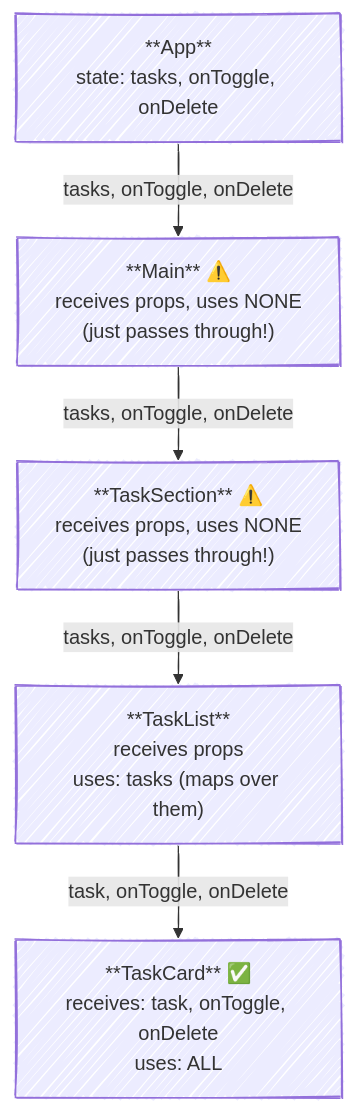
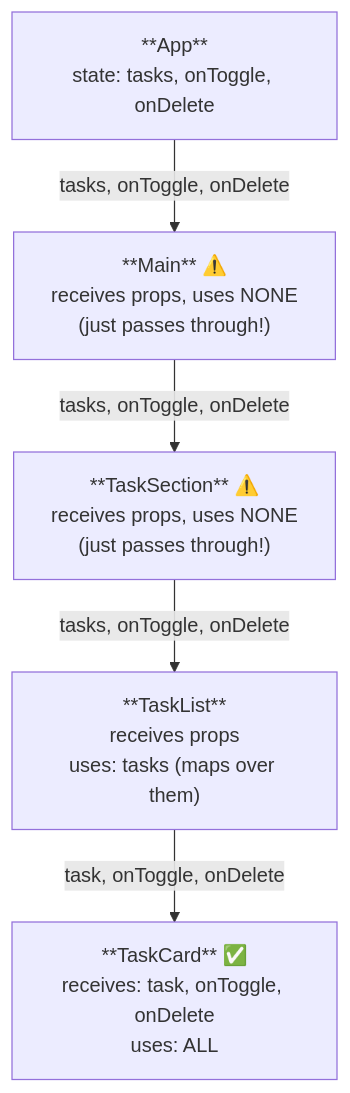
One commit to bobby-openclaw/react-learning changed the diagram in chapters/03-component-composition/CHAPTER.md. Above: the diagram before and after it, drawn with Mermaid. The commit also changed 25 other files, not shown here.

First line of the commit message:
docs: replace all ASCII diagrams with Mermaid, remove sketch style

````diff
--- a/chapters/03-component-composition/CHAPTER.md
+++ b/chapters/03-component-composition/CHAPTER.md
@@ -49,13 +49,13 @@
 ```mermaid
-%%{init: {'theme': 'default', 'look': 'handDrawn'}}%%
+%%{init: {'theme':'default'}}%%
 graph TD
-    App["**App**\nstate: tasks, onToggle, onDelete"]
-    Main["**Main** ⚠️\nreceives props, uses NONE\n(just passes through!)"]
-    TS["**TaskSection** ⚠️\nreceives props, uses NONE\n(just passes through!)"]
-    TL["**TaskList**\nreceives props\nuses: tasks (maps over them)"]
-    TC["**TaskCard** ✅\nreceives: task, onToggle, onDelete\nuses: ALL"]
+    App["**App**<br/>state: tasks, onToggle, onDelete"]
+    Main["**Main** ⚠️<br/>receives props, uses NONE<br/>(just passes through!)"]
+    TS["**TaskSection** ⚠️<br/>receives props, uses NONE<br/>(just passes through!)"]
+    TL["**TaskList**<br/>receives props<br/>uses: tasks (maps over them)"]
+    TC["**TaskCard** ✅<br/>receives: task, onToggle, onDelete<br/>uses: ALL"]
     App -- "tasks, onToggle, onDelete" --> Main
     Main -- "tasks, onToggle, onDelete" --> TS
     TS -- "tasks, onToggle, onDelete" --> TL
     TL -- "task, onToggle, onDelete" --> TC
 ```
````
